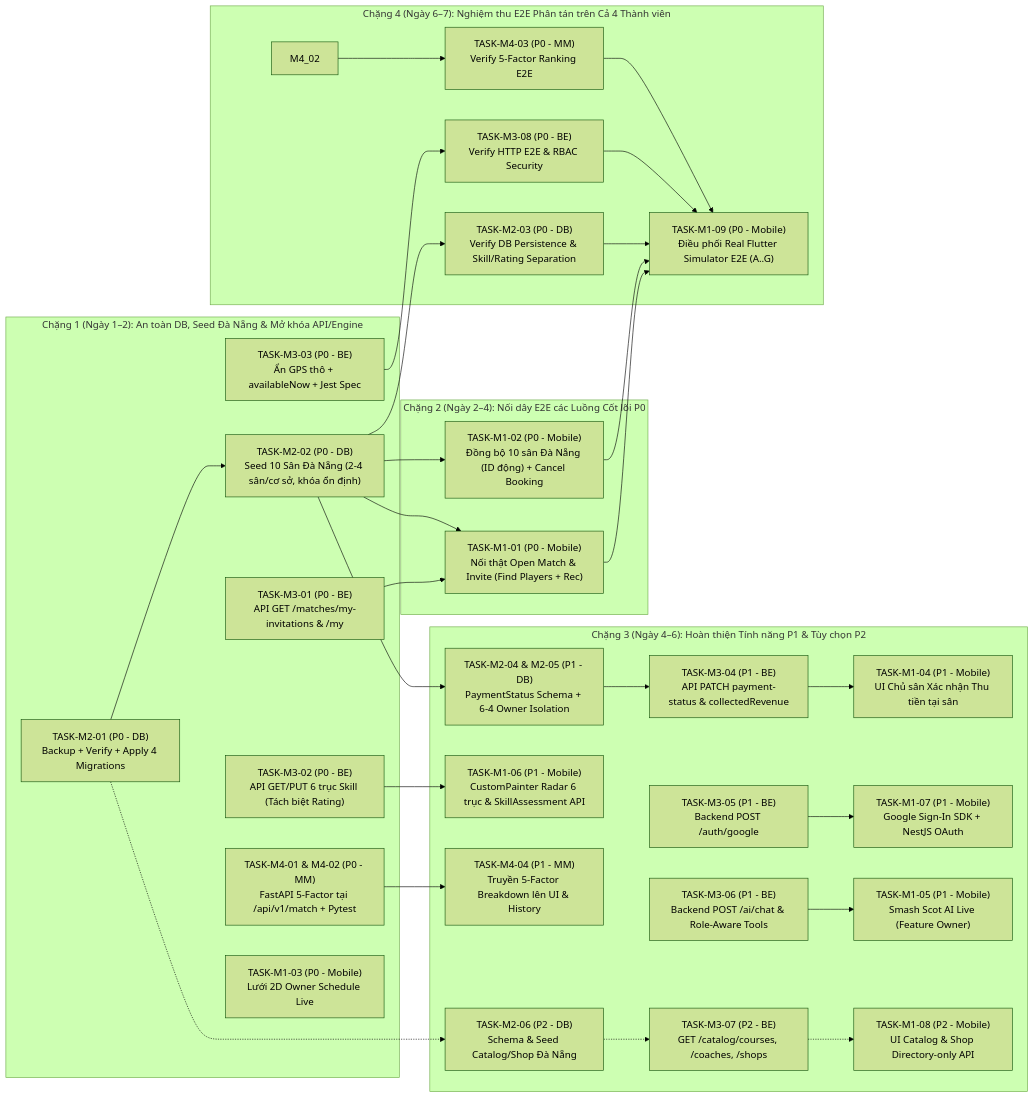
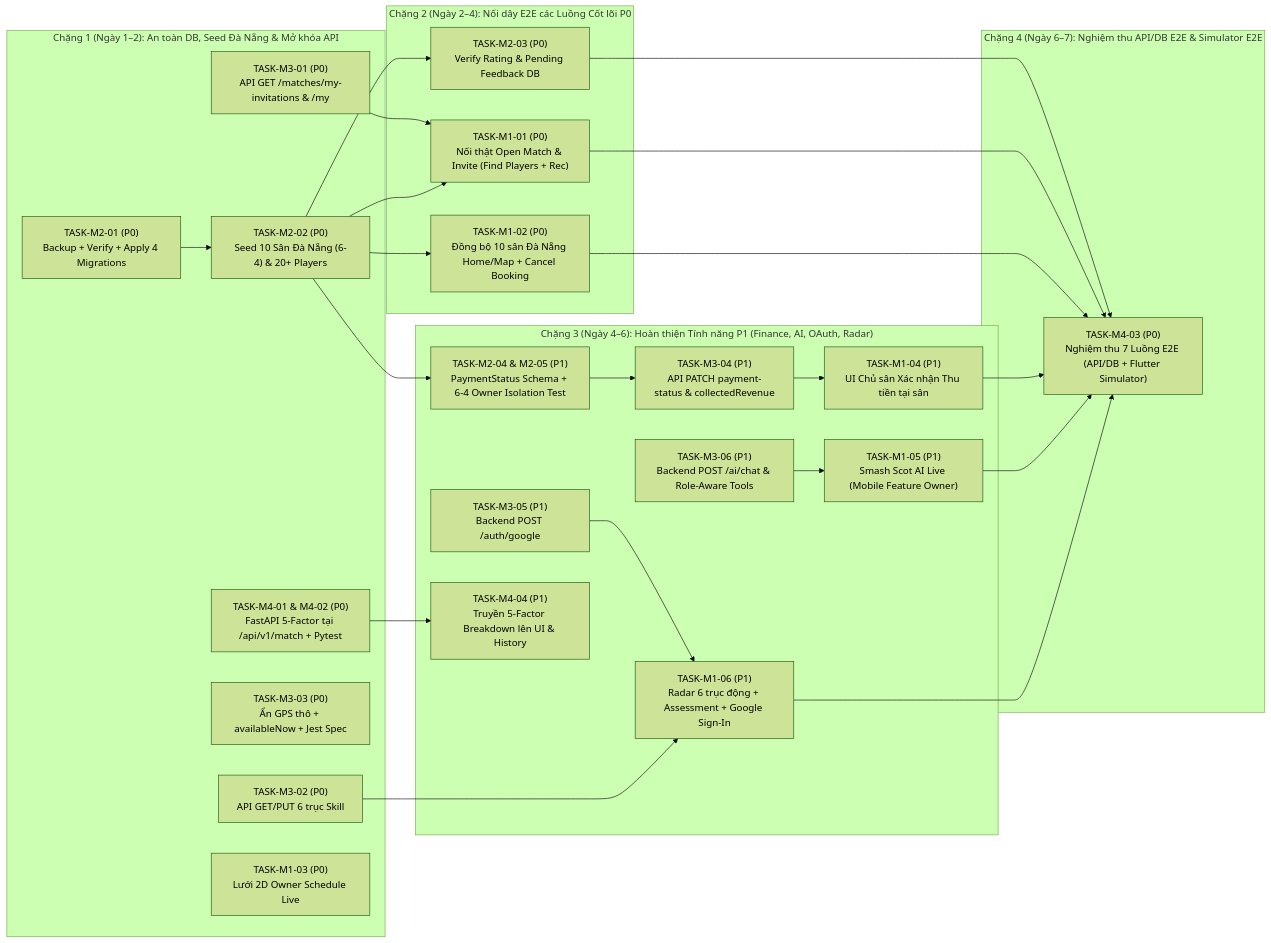
Before and after one commit to MaiPhuc1506/s-match: the diagram in docs/audits/FINAL-SPRINT-EXECUTION-BACKLOG.md, drawn with Mermaid (forest theme). The commit also changed other lines of this file and 104 other files, not shown here.

Commit message:
feat: integrate booking, owner management and sprint updates

````diff
--- a/docs/audits/FINAL-SPRINT-EXECUTION-BACKLOG.md
+++ b/docs/audits/FINAL-SPRINT-EXECUTION-BACKLOG.md
@@ -542,41 +542,37 @@
 ```mermaid
 flowchart LR
-    subgraph Phase1["Chặng 1 (Ngày 1–2): An toàn DB, Seed Đà Nẵng & Mở khóa API/Engine"]
-        M2_01["TASK-M2-01 (P0 - DB)<br/>Backup + Verify + Apply 4 Migrations"] --> M2_02["TASK-M2-02 (P0 - DB)<br/>Seed 10 Sân Đà Nẵng (2-4 sân/cơ sở, khóa ổn định)"]
-        M3_01["TASK-M3-01 (P0 - BE)<br/>API GET /matches/my-invitations & /my"]
-        M3_02["TASK-M3-02 (P0 - BE)<br/>API GET/PUT 6 trục Skill (Tách biệt Rating)"]
-        M3_03["TASK-M3-03 (P0 - BE)<br/>Ẩn GPS thô + availableNow + Jest Spec"]
-        M4_01["TASK-M4-01 & M4-02 (P0 - MM)<br/>FastAPI 5-Factor tại /api/v1/match + Pytest"]
-        M1_03["TASK-M1-03 (P0 - Mobile)<br/>Lưới 2D Owner Schedule Live"]
+    subgraph Phase1["Chặng 1 (Ngày 1–2): An toàn DB, Seed Đà Nẵng & Mở khóa API"]
+        M2_01["TASK-M2-01 (P0)<br/>Backup + Verify + Apply 4 Migrations"] --> M2_02["TASK-M2-02 (P0)<br/>Seed 10 Sân Đà Nẵng (6-4) & 20+ Players"]
+        M3_01["TASK-M3-01 (P0)<br/>API GET /matches/my-invitations & /my"]
+        M3_02["TASK-M3-02 (P0)<br/>API GET/PUT 6 trục Skill"]
+        M3_03["TASK-M3-03 (P0)<br/>Ẩn GPS thô + availableNow + Jest Spec"]
+        M4_01["TASK-M4-01 & M4-02 (P0)<br/>FastAPI 5-Factor tại /api/v1/match + Pytest"]
+        M1_03["TASK-M1-03 (P0)<br/>Lưới 2D Owner Schedule Live"]
     end
 
     subgraph Phase2["Chặng 2 (Ngày 2–4): Nối dây E2E các Luồng Cốt lõi P0"]
-        M2_02 --> M1_02["TASK-M1-02 (P0 - Mobile)<br/>Đồng bộ 10 sân Đà Nẵng (ID động) + Cancel Booking"]
-        M3_01 --> M1_01["TASK-M1-01 (P0 - Mobile)<br/>Nối thật Open Match & Invite (Find Players + Rec)"]
+        M2_02 --> M2_03["TASK-M2-03 (P0)<br/>Verify Rating & Pending Feedback DB"]
+        M2_02 --> M1_02["TASK-M1-02 (P0)<br/>Đồng bộ 10 sân Đà Nẵng Home/Map + Cancel Booking"]
+        M3_01 --> M1_01["TASK-M1-01 (P0)<br/>Nối thật Open Match & Invite (Find Players + Rec)"]
         M2_02 --> M1_01
     end
 
-    subgraph Phase3["Chặng 3 (Ngày 4–6): Hoàn thiện Tính năng P1 & Tùy chọn P2"]
-        M2_02 --> M2_04["TASK-M2-04 & M2-05 (P1 - DB)<br/>PaymentStatus Schema + 6-4 Owner Isolation"]
-        M2_04 --> M3_04["TASK-M3-04 (P1 - BE)<br/>API PATCH payment-status & collectedRevenue"]
-        M3_04 --> M1_04["TASK-M1-04 (P1 - Mobile)<br/>UI Chủ sân Xác nhận Thu tiền tại sân"]
-        M3_02 --> M1_06["TASK-M1-06 (P1 - Mobile)<br/>CustomPainter Radar 6 trục & SkillAssessment API"]
-        M3_05["TASK-M3-05 (P1 - BE)<br/>Backend POST /auth/google"] --> M1_07["TASK-M1-07 (P1 - Mobile)<br/>Google Sign-In SDK + NestJS OAuth"]
-        M3_06["TASK-M3-06 (P1 - BE)<br/>Backend POST /ai/chat & Role-Aware Tools"] --> M1_05["TASK-M1-05 (P1 - Mobile)<br/>Smash Scot AI Live (Feature Owner)"]
-        M4_01 --> M4_04["TASK-M4-04 (P1 - MM)<br/>Truyền 5-Factor Breakdown lên UI & History"]
-        M2_01 -.-> M2_06["TASK-M2-06 (P2 - DB)<br/>Schema & Seed Catalog/Shop Đà Nẵng"]
-        M2_06 -.-> M3_07["TASK-M3-07 (P2 - BE)<br/>GET /catalog/courses, /coaches, /shops"]
-        M3_07 -.-> M1_08["TASK-M1-08 (P2 - Mobile)<br/>UI Catalog & Shop Directory-only API"]
+    subgraph Phase3["Chặng 3 (Ngày 4–6): Hoàn thiện Tính năng P1 (Finance, AI, OAuth, Radar)"]
+        M2_02 --> M2_04["TASK-M2-04 & M2-05 (P1)<br/>PaymentStatus Schema + 6-4 Owner Isolation Test"]
+        M2_04 --> M3_04["TASK-M3-04 (P1)<br/>API PATCH payment-status & collectedRevenue"]
+        M3_04 --> M1_04["TASK-M1-04 (P1)<br/>UI Chủ sân Xác nhận Thu tiền tại sân"]
+        M3_05["TASK-M3-05 (P1)<br/>Backend POST /auth/google"] --> M1_06["TASK-M1-06 (P1)<br/>Radar 6 trục động + Assessment + Google Sign-In"]
+        M3_02 --> M1_06
+        M3_06["TASK-M3-06 (P1)<br/>Backend POST /ai/chat & Role-Aware Tools"] --> M1_05["TASK-M1-05 (P1)<br/>Smash Scot AI Live (Mobile Feature Owner)"]
+        M4_01 --> M4_04["TASK-M4-04 (P1)<br/>Truyền 5-Factor Breakdown lên UI & History"]
     end
 
-    subgraph Phase4["Chặng 4 (Ngày 6–7): Nghiệm thu E2E Phân tán trên Cả 4 Thành viên"]
-        M2_02 --> M2_03["TASK-M2-03 (P0 - DB)<br/>Verify DB Persistence & Skill/Rating Separation"]
-        M3_03 --> M3_08["TASK-M3-08 (P0 - BE)<br/>Verify HTTP E2E & RBAC Security"]
-        M4_02 --> M4_03["TASK-M4-03 (P0 - MM)<br/>Verify 5-Factor Ranking E2E"]
-        M1_01 --> M1_09["TASK-M1-09 (P0 - Mobile)<br/>Điều phối Real Flutter Simulator E2E (A..G)"]
-        M1_02 --> M1_09
-        M2_03 --> M1_09
-        M3_08 --> M1_09
-        M4_03 --> M1_09
+    subgraph Phase4["Chặng 4 (Ngày 6–7): Nghiệm thu API/DB E2E & Simulator E2E"]
+        M2_03 --> M4_03["TASK-M4-03 (P0)<br/>Nghiệm thu 7 Luồng E2E (API/DB + Flutter Simulator)"]
+        M1_01 --> M4_03
+        M1_02 --> M4_03
+        M1_04 --> M4_03
+        M1_05 --> M4_03
+        M1_06 --> M4_03
     end
 ```
````
